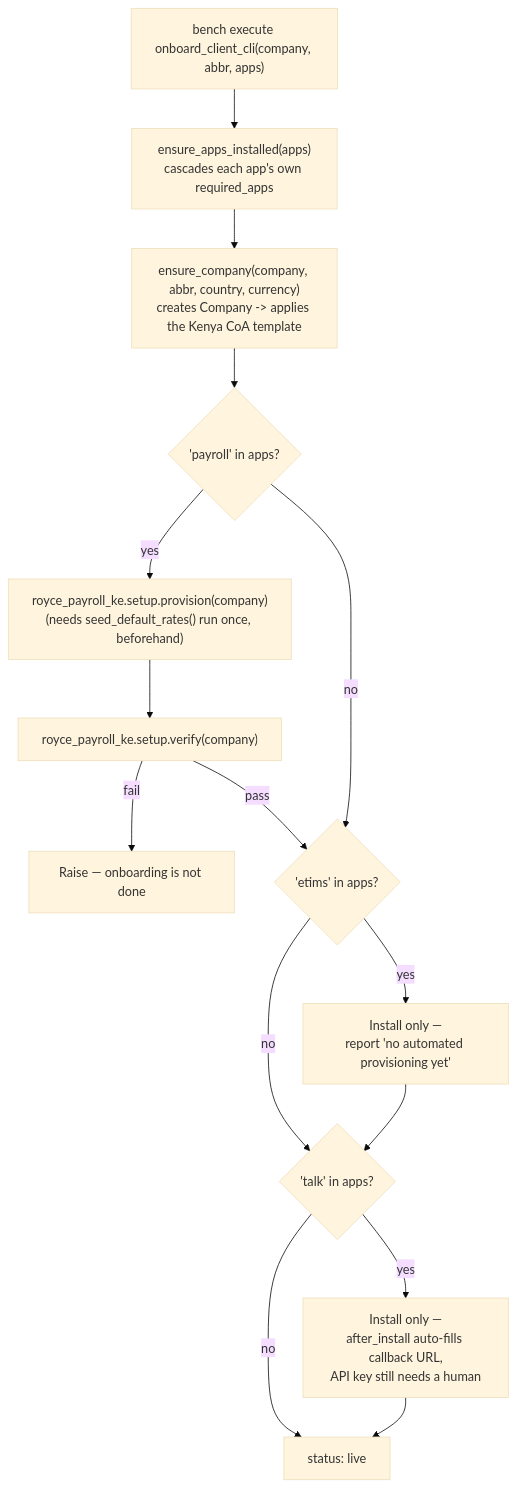
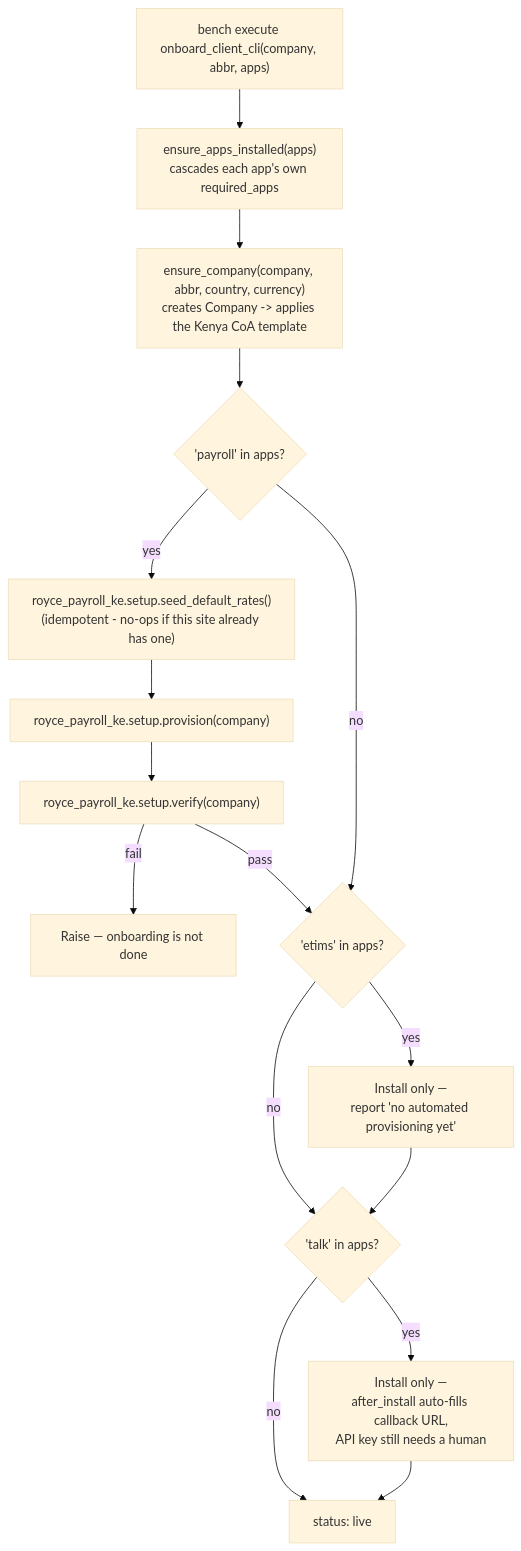
The first of 2 diagrams in docs/architecture.md (royceltd/en_royce_provision), drawn with Mermaid (base theme) before and after one commit. The commit also changed other lines of this file and 2 other files, not shown here.

First line of the commit message:
feat: auto-bootstrap Payroll Rates inside onboard_client()'s payroll branch

````diff
--- a/docs/architecture.md
+++ b/docs/architecture.md
@@ -62,17 +67,18 @@
 ```mermaid
 flowchart TD
     A["bench execute onboard_client_cli(company, abbr, apps)"] --> B["ensure_apps_installed(apps)\ncascades each app's own required_apps"]
     B --> C["ensure_company(company, abbr, country, currency)\ncreates Company -> applies the Kenya CoA template"]
     C --> D{"'payroll' in apps?"}
-    D -- yes --> E["royce_payroll_ke.setup.provision(company)\n(needs seed_default_rates() run once, beforehand)"]
+    D -- yes --> E0["royce_payroll_ke.setup.seed_default_rates()\n(idempotent - no-ops if this site already has one)"]
+    E0 --> E["royce_payroll_ke.setup.provision(company)"]
     E --> F["royce_payroll_ke.setup.verify(company)"]
     F -- fail --> G["Raise — onboarding is not done"]
     F -- pass --> H
     D -- no --> H{"'etims' in apps?"}
     H -- yes --> I["Install only —\nreport 'no automated provisioning yet'"]
     H -- no --> K{"'talk' in apps?"}
     I --> K
     K -- yes --> L["Install only —\nafter_install auto-fills callback URL,\nAPI key still needs a human"]
     K -- no --> J["status: live"]
     L --> J
 ```
````
